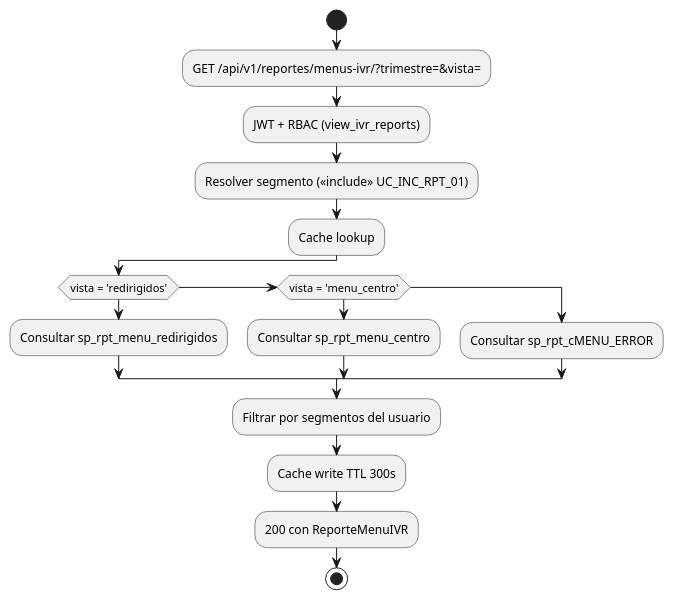
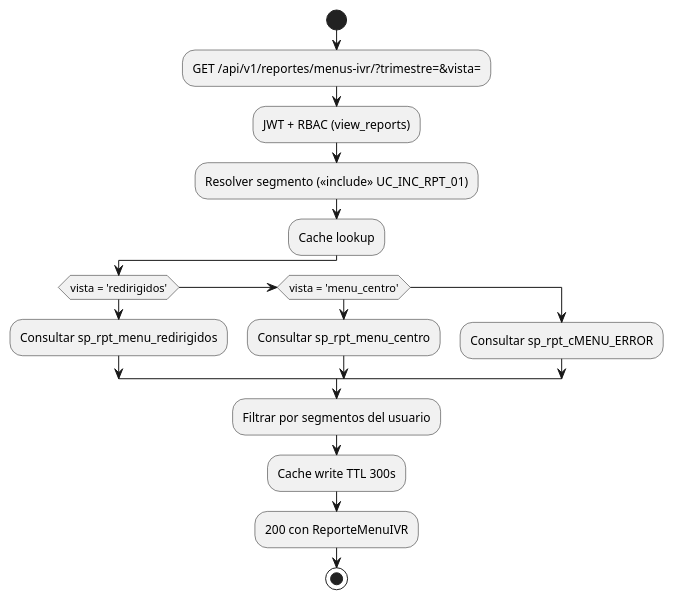
Before and after one commit to jcg-admin/IACT-docs: the second of 4 diagrams in source/requisitos/casos-uso/reports/uc-rpt-16/diagramas-uml.rst, drawn with PlantUML. The commit also changed 108 other files, not shown here.

First line of the commit message:
Apply catalog function names to non-diagram RST files

```diff
--- a/source/requisitos/casos-uso/reports/uc-rpt-16/diagramas-uml.rst
+++ b/source/requisitos/casos-uso/reports/uc-rpt-16/diagramas-uml.rst
@@ -30,20 +30,20 @@
 .. uml::
 
  @startuml
  start
  :GET /api/v1/reportes/menus-ivr/?trimestre=&vista=;
- :JWT + RBAC (view_ivr_reports);
+ :JWT + RBAC (view_reports);
  :Resolver segmento (<<include>> UC_INC_RPT_01);
  :Cache lookup;
  if (vista = 'redirigidos') then
    :Consultar sp_rpt_menu_redirigidos;
  elseif (vista = 'menu_centro') then
    :Consultar sp_rpt_menu_centro;
  else
    :Consultar sp_rpt_cMENU_ERROR;
  endif
  :Filtrar por segmentos del usuario;
  :Cache write TTL 300s;
  :200 con ReporteMenuIVR;
  stop
  @enduml
```
